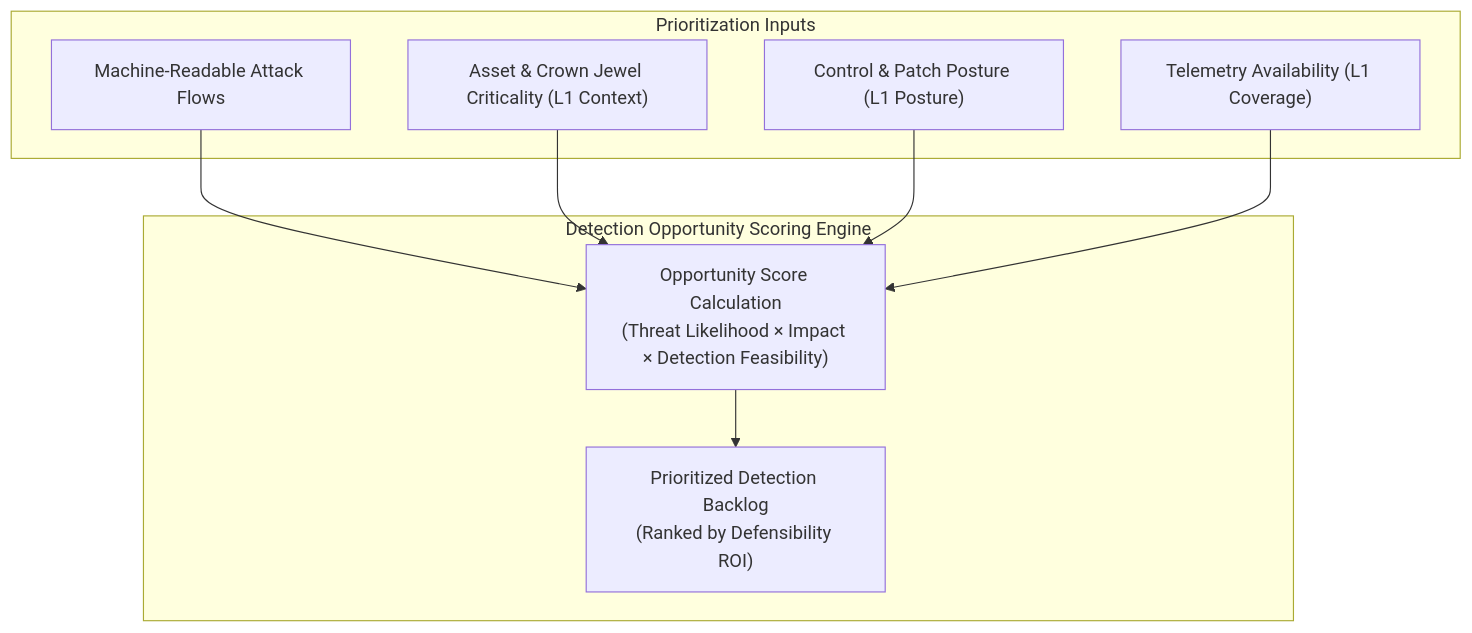
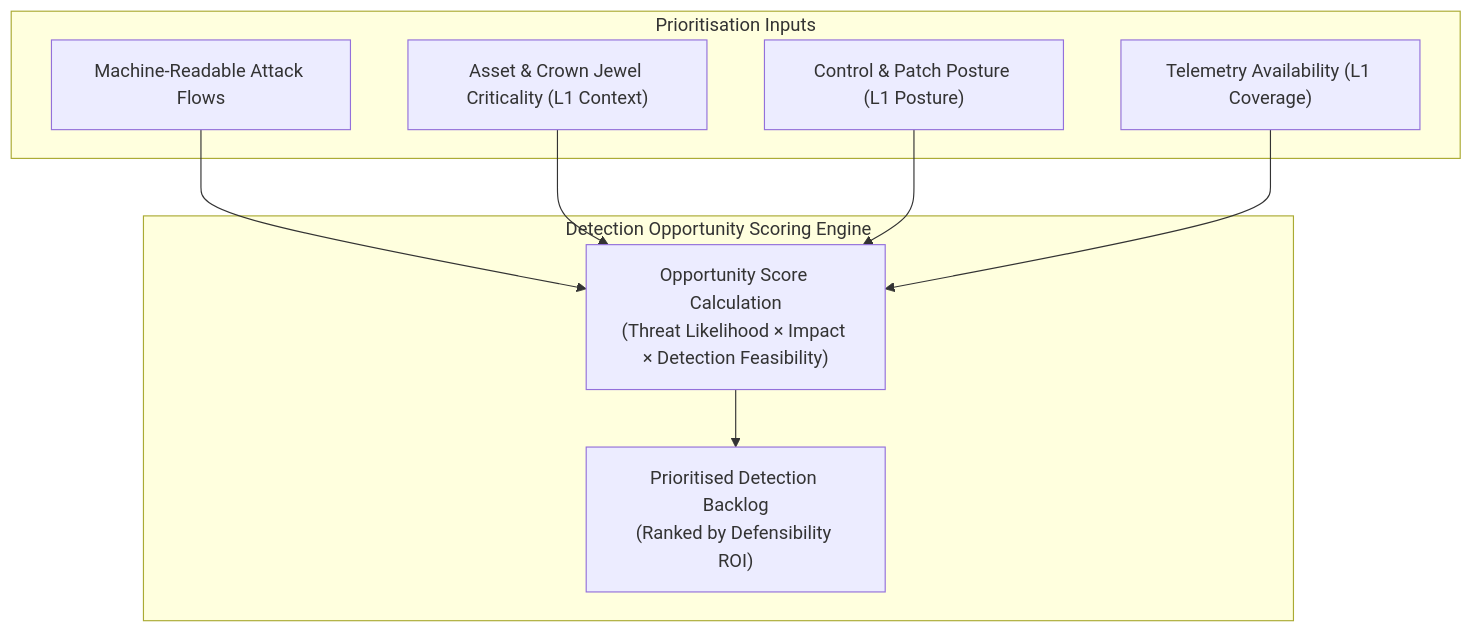
One commit to Haribu/TIDIR changed the third of 7 diagrams in docs/architecture/06-layer-3-threat-intel-detection.md. Above: the diagram before and after it, drawn with Mermaid. The commit also changed other lines of this file and 34 other files, not shown here.

````diff
--- a/docs/architecture/06-layer-3-threat-intel-detection.md
+++ b/docs/architecture/06-layer-3-threat-intel-detection.md
@@ -91,20 +91,20 @@
 ```mermaid
 flowchart TD
-  subgraph Inputs ["Prioritization Inputs"]
+  subgraph Inputs ["Prioritisation Inputs"]
     FLOWS["Machine-Readable Attack Flows"]
     ASSETS["Asset & Crown Jewel Criticality (L1 Context)"]
     POSTURE["Control & Patch Posture (L1 Posture)"]
     TELEMETRY["Telemetry Availability (L1 Coverage)"]
   end
 
   subgraph OpportunityEngine ["Detection Opportunity Scoring Engine"]
     SCORE["Opportunity Score Calculation\n(Threat Likelihood × Impact × Detection Feasibility)"]
-    BACKLOG["Prioritized Detection Backlog\n(Ranked by Defensibility ROI)"]
+    BACKLOG["Prioritised Detection Backlog\n(Ranked by Defensibility ROI)"]
   end
 
   FLOWS --> SCORE
   ASSETS --> SCORE
   POSTURE --> SCORE
   TELEMETRY --> SCORE
   SCORE --> BACKLOG
 ```
````
